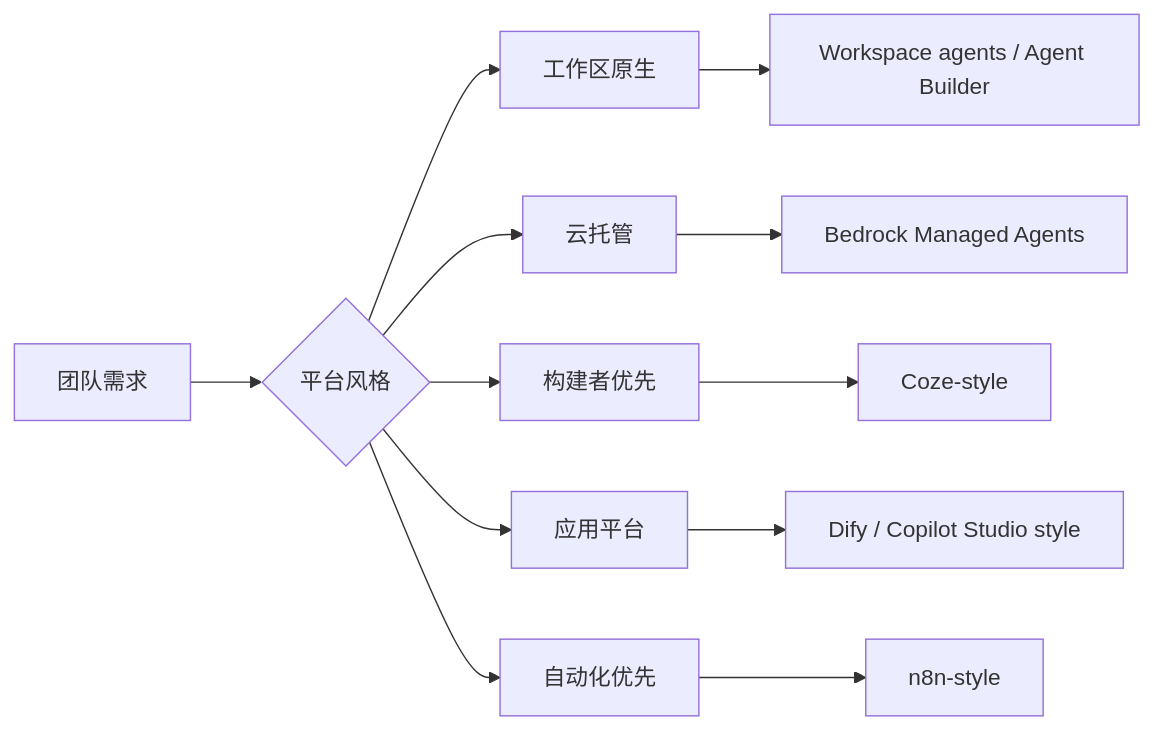
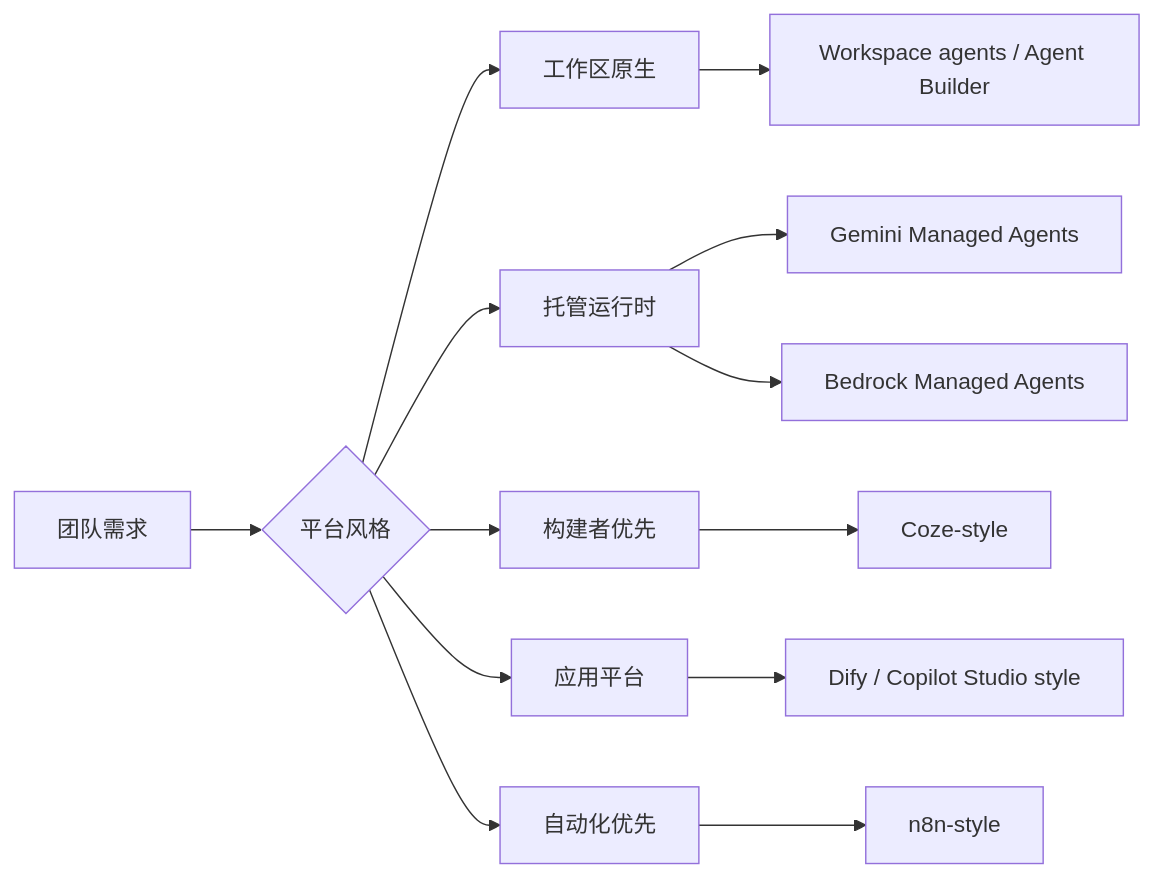
One commit to Prompthon-IO/agent-systems-handbook changed the diagram in zh-Hans/ecosystem/agent-platforms-and-low-code-builders.mdx. Above: the diagram before and after it, drawn with Mermaid. The commit also changed other lines of this file and 1 other file, not shown here.

First line of the commit message:
[generalkim00] Refresh platform comparison for Gemini Interactions API (#192)

````diff
--- a/zh-Hans/ecosystem/agent-platforms-and-low-code-builders.mdx
+++ b/zh-Hans/ecosystem/agent-platforms-and-low-code-builders.mdx
@@ -62,14 +69,15 @@
 ```mermaid
 flowchart LR
   Need["团队需求"] --> Choice{"平台风格"}
   Choice --> Workspace["工作区原生"]
-  Choice --> Managed["云托管"]
+  Choice --> Managed["托管运行时"]
   Choice --> Builder["构建者优先"]
   Choice --> App["应用平台"]
   Choice --> Automation["自动化优先"]
   Workspace --> OpenAI["Workspace agents / Agent Builder"]
+  Managed --> Gemini["Gemini Managed Agents"]
   Managed --> Bedrock["Bedrock Managed Agents"]
   Builder --> Coze["Coze-style"]
   App --> Dify["Dify / Copilot Studio style"]
   Automation --> N8N["n8n-style"]
 ```
````
